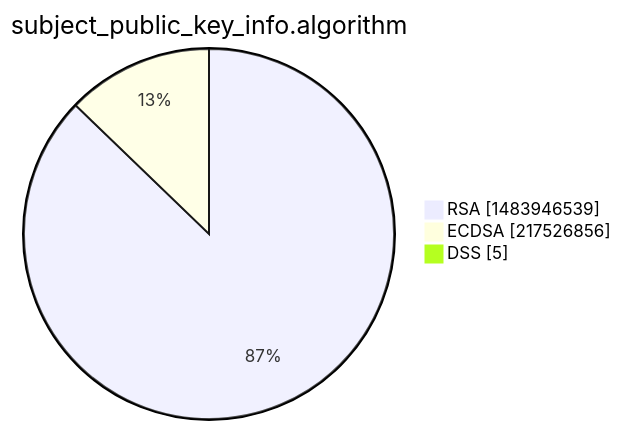
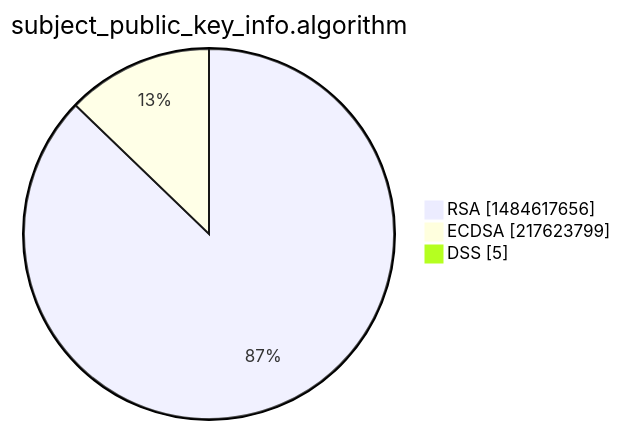
The third of 15 diagrams in xenon2022/README.md (christiankrug/ctmonitor_visualization), drawn with Mermaid before and after one commit. The commit also changed other lines of this file, not shown here.

````diff
--- a/xenon2022/README.md
+++ b/xenon2022/README.md
@@ -14,7 +14,7 @@
 ```mermaid
 pie showData
 title subject_public_key_info.algorithm
-"RSA" :1483946539
-"ECDSA" :217526856
+"RSA" :1484617656
+"ECDSA" :217623799
 "DSS" :5
 ```
````
